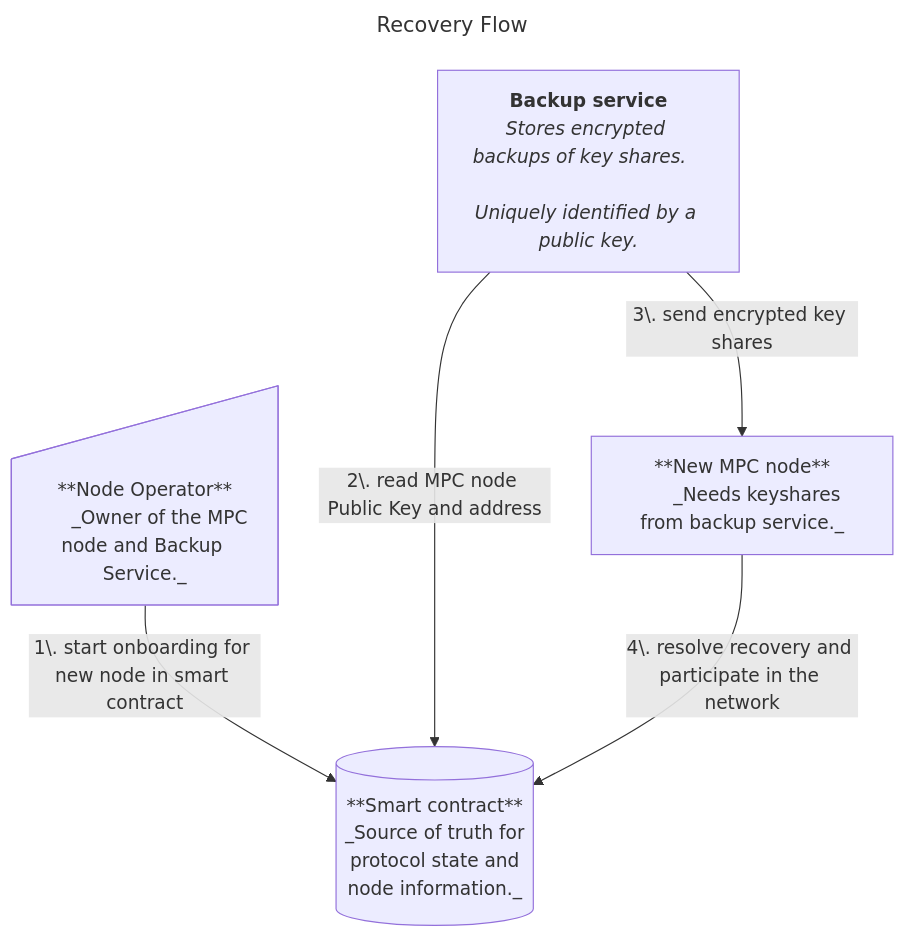
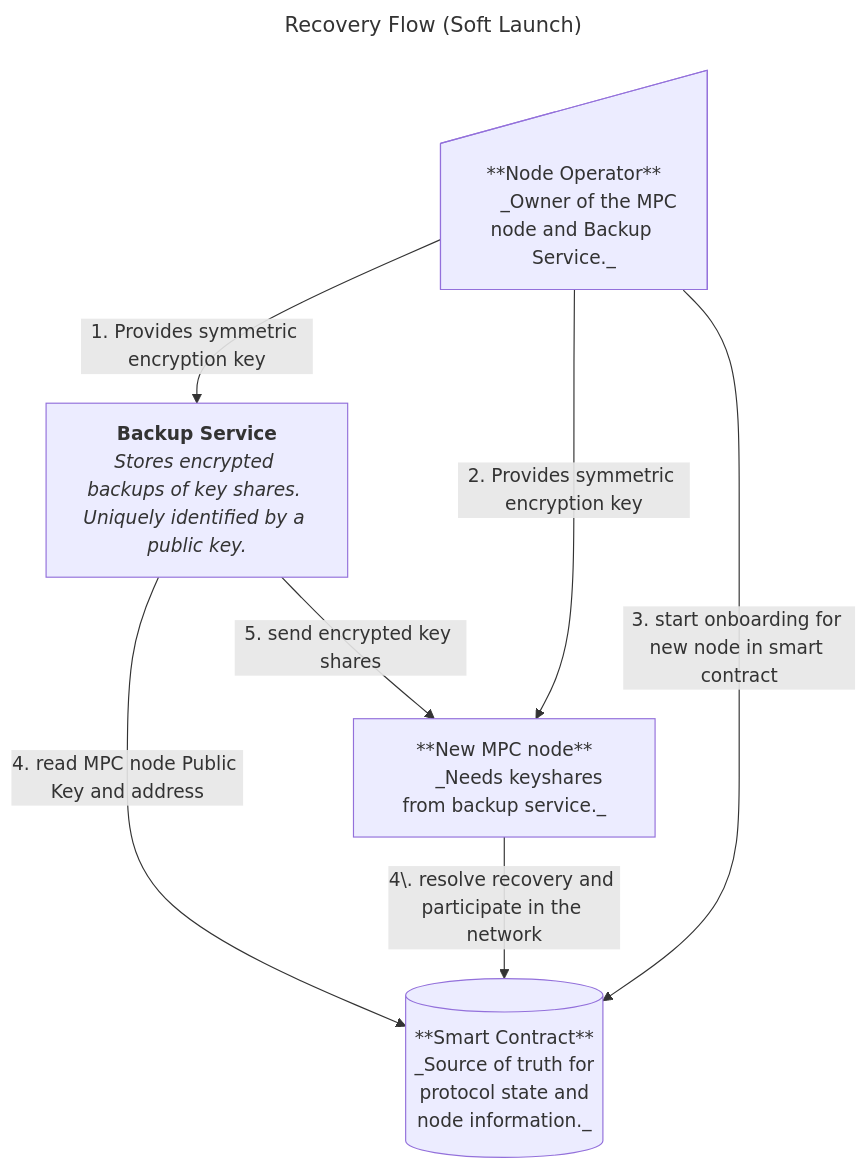
The third of 4 diagrams in docs/migration-service.md (near/mpc), drawn with Mermaid before and after one commit. The commit also changed other lines of this file and 2 other files, not shown here.

Commit message:
docs: Design TEE-enabled backup service (#1467)

````diff
--- a/docs/migration-service.md
+++ b/docs/migration-service.md
@@ -94,30 +172,31 @@
 ```mermaid
 ---
-title: Recovery Flow
+title: Recovery Flow (Soft Launch)
 ---
 flowchart TD
     NO["**Node Operator**
       _Owner of the MPC node and Backup Service._"]
 
-    SC["**Smart contract**
+    SC["**Smart Contract**
       _Source of truth for
       protocol state and
       node information._"]
-      
-    BS@{ label: "**Backup service**
-        _Stores encrypted backups of key shares.     
+
+    BS@{ label: "**Backup Service**
+        _Stores encrypted backups of key shares. 
         Uniquely identified by a public key._" }
-
     MPC["**New MPC node**
       _Needs keyshares from backup service._"]
     
-    NO -- "1\. start onboarding for new node in smart contract" --> SC
-    BS -- "2\. read MPC node Public Key and address" --> SC
-    BS -- "3\. send encrypted key shares" --> MPC
+    NO -->|"1. Provides symmetric encryption key"| BS;
+    NO -->|"2. Provides symmetric encryption key"| MPC;
+    NO -->|"3. start onboarding for new node in smart contract"| SC;
+    BS -->|"4. read MPC node Public Key and address"| SC;
+    BS -->|"5. send encrypted key shares"| MPC;
     MPC -- "4\. resolve recovery and participate in the network" --> SC
 
     NO@{ shape: manual-input}
     SC@{ shape: db}
     BS@{ shape: proc}
     MPC@{ shape: proc}
 ```
````
